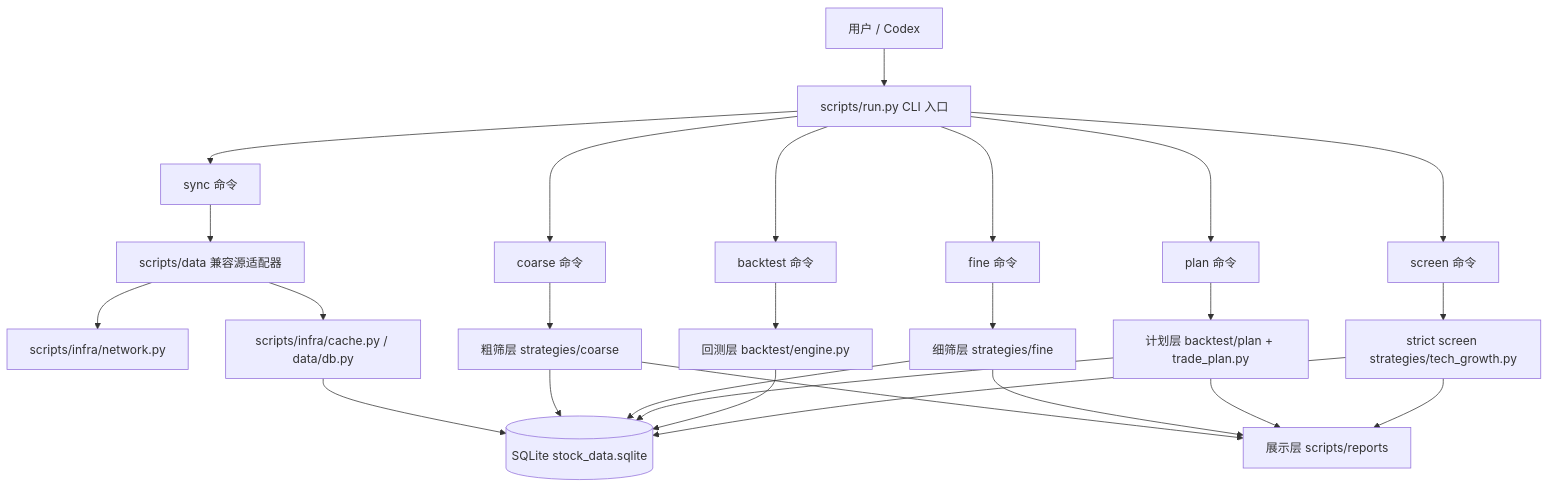
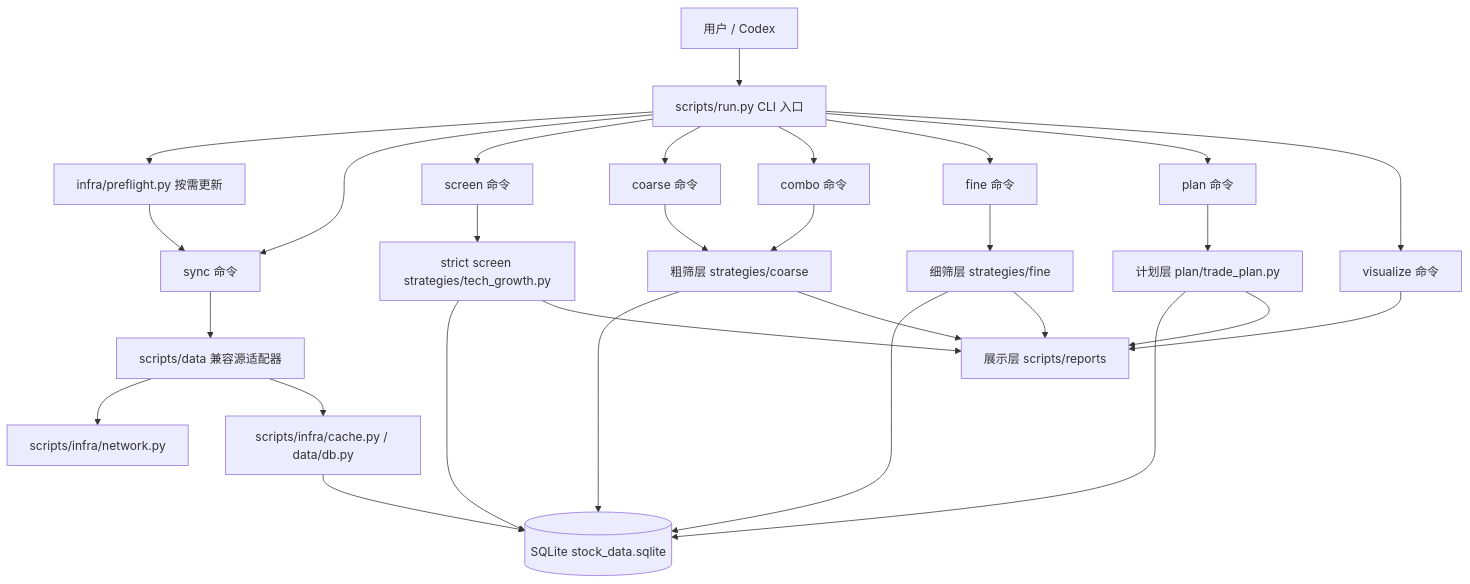
The first of 4 diagrams in references/architecture.md (dlxu1/tech-growth-stock-screener), drawn with Mermaid before and after one commit. The commit also changed other lines of this file and 36 other files, not shown here.

````diff
--- a/references/architecture.md
+++ b/references/architecture.md
@@ -26,34 +26,37 @@
 ```mermaid
 flowchart TD
   User["用户 / Codex"] --> CLI["scripts/run.py CLI 入口"]
 
+  CLI --> Preflight["infra/preflight.py 按需更新"]
   CLI --> Sync["sync 命令"]
   CLI --> Screen["screen 命令"]
   CLI --> Coarse["coarse 命令"]
+  CLI --> Combo["combo 命令"]
   CLI --> Fine["fine 命令"]
   CLI --> Plan["plan 命令"]
-  CLI --> Backtest["backtest 命令"]
+  CLI --> Visualize["visualize 命令"]
 
+  Preflight --> Sync
   Sync --> SourceAdapter["scripts/data 兼容源适配器"]
   SourceAdapter --> InfraNet["scripts/infra/network.py"]
   SourceAdapter --> InfraCache["scripts/infra/cache.py / data/db.py"]
   InfraCache --> DB[("SQLite stock_data.sqlite")]
 
   Coarse --> CoarseLayer["粗筛层 strategies/coarse"]
+  Combo --> CoarseLayer
   Fine --> FineLayer["细筛层 strategies/fine"]
-  Plan --> PlanLayer["计划层 backtest/plan + trade_plan.py"]
-  Backtest --> BacktestLayer["回测层 backtest/engine.py"]
+  Plan --> PlanLayer["计划层 plan/trade_plan.py"]
+  Visualize --> Reports["展示层 scripts/reports"]
 
   CoarseLayer --> DB
   FineLayer --> DB
   PlanLayer --> DB
-  BacktestLayer --> DB
 
   Screen --> StrictScreen["strict screen strategies/tech_growth.py"]
   StrictScreen --> DB
 
-  CoarseLayer --> Reports["展示层 scripts/reports"]
+  CoarseLayer --> Reports
   FineLayer --> Reports
   PlanLayer --> Reports
   StrictScreen --> Reports
 ```
````
